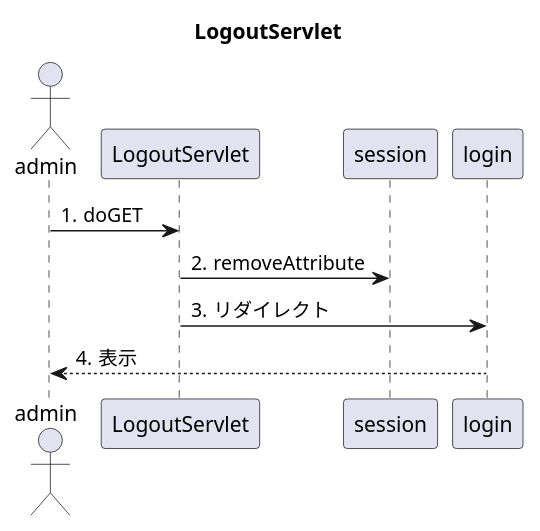
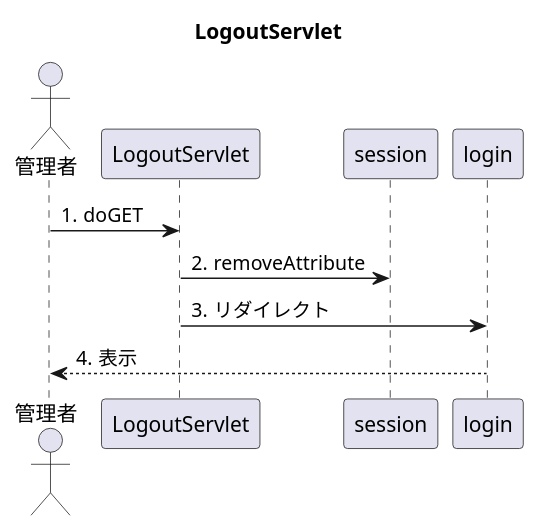
The diagram in uml_detail/seq_logout.pu (toufu66/ProjectC), drawn with PlantUML before and after one commit. The commit also changed 1 other file, not shown here.

```diff
--- a/uml_detail/seq_logout.pu
+++ b/uml_detail/seq_logout.pu
@@ -1,17 +1,17 @@
 @startuml
 
 title LogoutServlet
 
 autonumber "#."
 
-actor admin
+actor 管理者
 participant LogoutServlet
 
 participant session
-admin -> LogoutServlet:doGET
+管理者 -> LogoutServlet:doGET
 LogoutServlet-> session:removeAttribute
 LogoutServlet->login:リダイレクト
-login--> admin:表示
+login--> 管理者:表示
 
 
 @enduml
```
